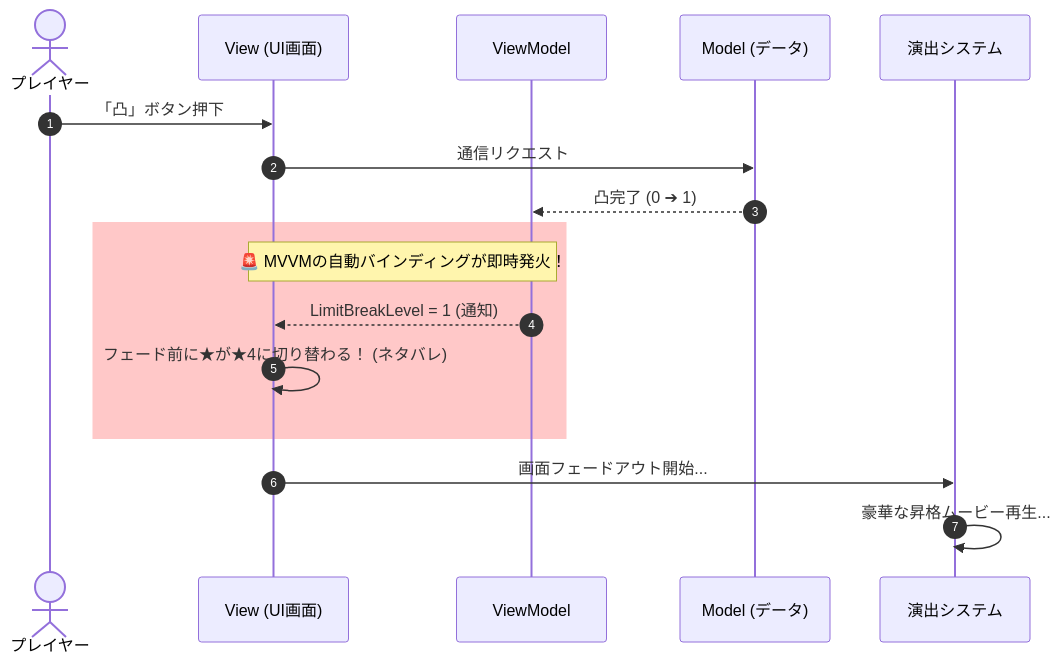
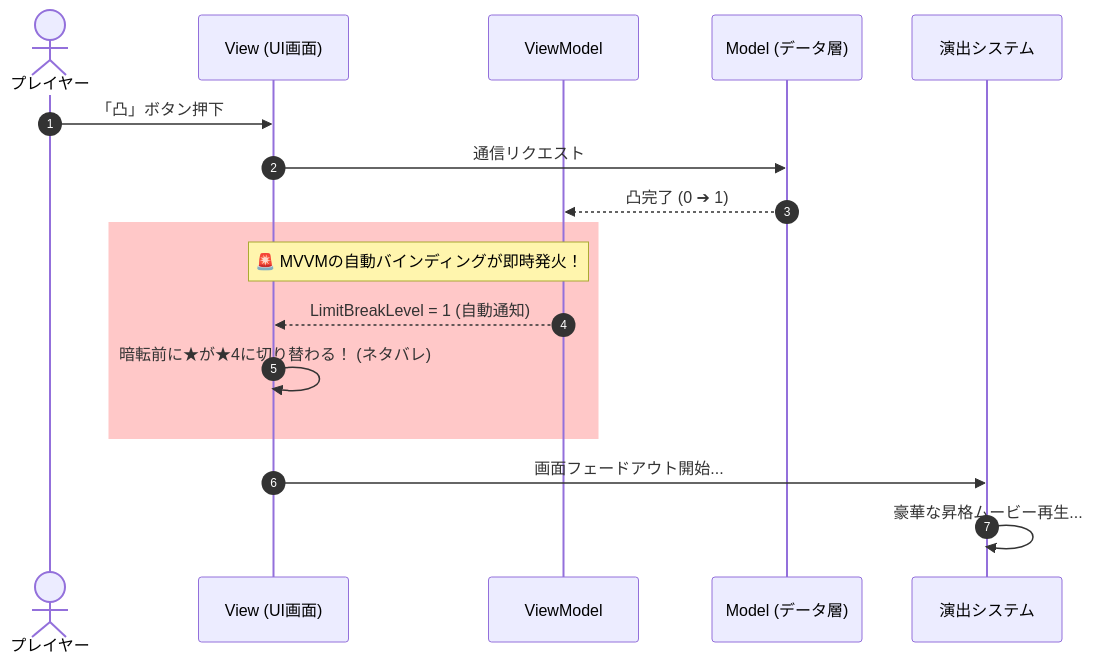
The diagram in slides.md (kamahir0/mvvm), drawn with Mermaid before and after one commit. The commit also changed other lines of this file, not shown here.

````diff
--- a/slides.md
+++ b/slides.md
@@ -58,22 +58,22 @@
 ```mermaid
 sequenceDiagram
     autonumber
     actor Player as プレイヤー
     participant View as View (UI画面)
     participant VM as ViewModel
-    participant Model as Model (データ)
+    participant Model as Model (データ層)
     participant Director as 演出システム
 
     Player->>View: 「凸」ボタン押下
     View->>Model: 通信リクエスト
     Model-->>VM: 凸完了 (0 ➔ 1)
 
     rect rgb(255, 200, 200)
     Note over VM,View: 🚨 MVVMの自動バインディングが即時発火！
-    VM-->>View: LimitBreakLevel = 1 (通知)
-    View->>View: フェード前に★が★4に切り替わる！ (ネタバレ)
+    VM-->>View: LimitBreakLevel = 1 (自動通知)
+    View->>View: 暗転前に★が★4に切り替わる！ (ネタバレ)
     end
 
     View->>Director: 画面フェードアウト開始...
     Director->>Director: 豪華な昇格ムービー再生...
 ```
````
